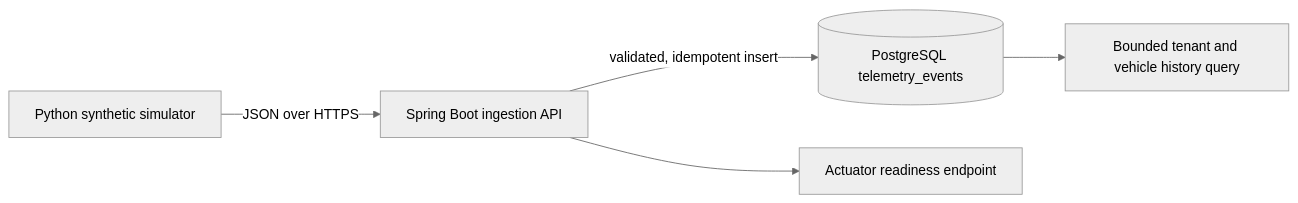
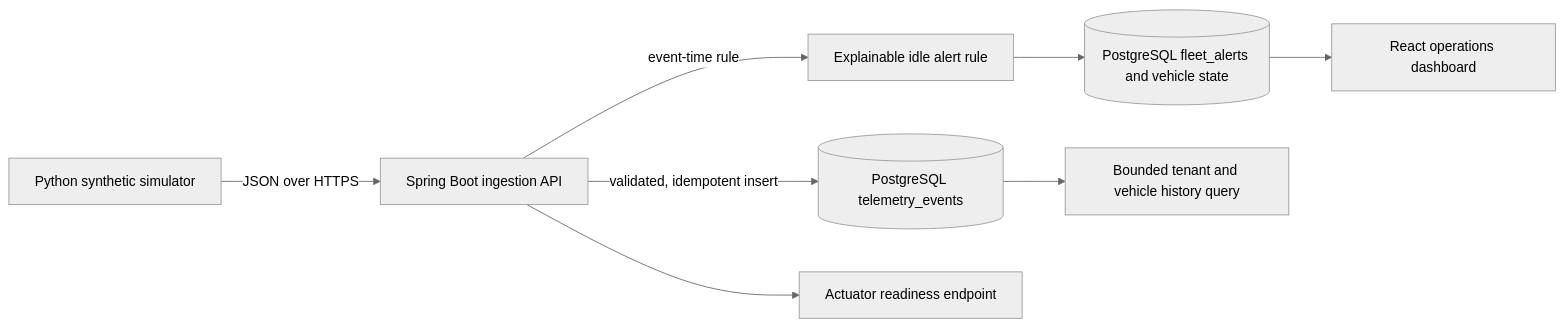
The first of 2 diagrams in docs/ARCHITECTURE.md (markapurammarthanda12/Fleet-Intelligence-Platform), drawn with Mermaid (neutral theme) before and after one commit. The commit also changed other lines of this file and 23 other files, not shown here.

Commit message:
feat: add event-time idling alerts and fleet dashboard

````diff
--- a/docs/ARCHITECTURE.md
+++ b/docs/ARCHITECTURE.md
@@ -5,7 +5,10 @@
 ```mermaid
 flowchart LR
   SIM[Python synthetic simulator] -->|JSON over HTTPS| API[Spring Boot ingestion API]
   API -->|validated, idempotent insert| PG[(PostgreSQL telemetry_events)]
+  API -->|event-time rule| RULE[Explainable idle alert rule]
+  RULE --> PG2[(PostgreSQL fleet_alerts and vehicle state)]
   PG --> QUERY[Bounded tenant and vehicle history query]
+  PG2 --> UI[React operations dashboard]
   API --> READY[Actuator readiness endpoint]
 ```
````
